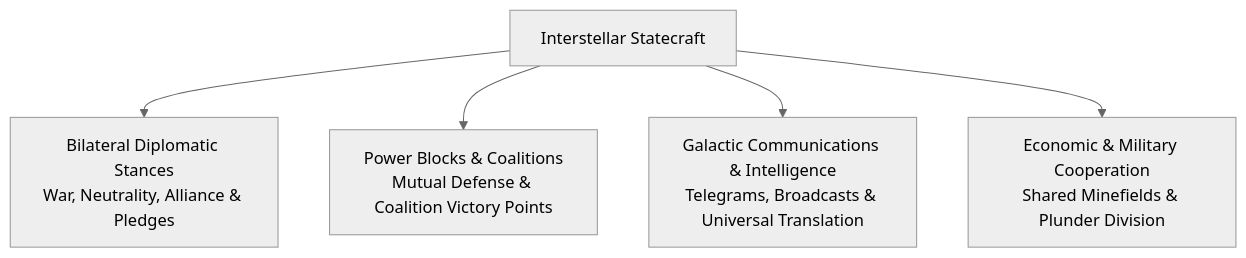
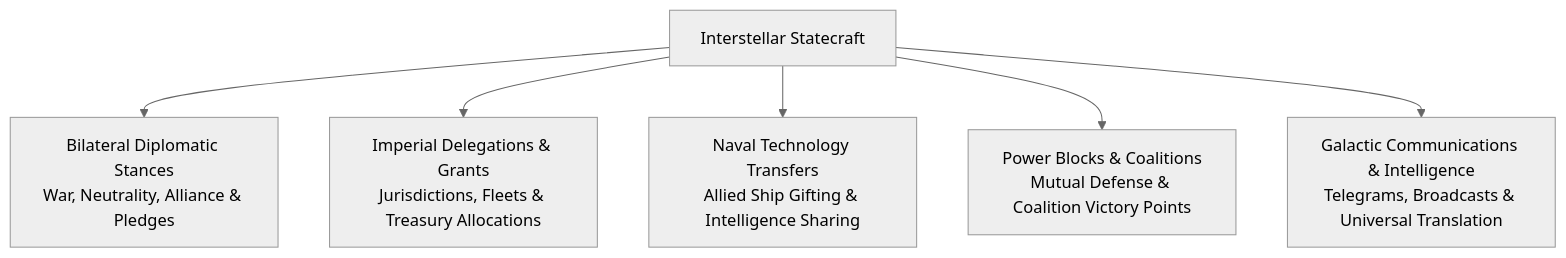
One commit to kaladron/galactic-bloodshed changed the first of 6 diagrams in docs/diplomacy.md. Above: the diagram before and after it, drawn with Mermaid (neutral theme). The commit also changed other lines of this file and 6 other files, not shown here.

````diff
--- a/docs/diplomacy.md
+++ b/docs/diplomacy.md
@@ -7,7 +7,8 @@
 ```mermaid
 flowchart TD
     Statecraft["Interstellar Statecraft"] --> Stances["Bilateral Diplomatic Stances\nWar, Neutrality, Alliance & Pledges"]
+    Statecraft --> Grants["Imperial Delegations & Grants\nJurisdictions, Fleets & Treasury Allocations"]
+    Statecraft --> Gifts["Naval Technology Transfers\nAllied Ship Gifting & Intelligence Sharing"]
     Statecraft --> Blocs["Power Blocks & Coalitions\nMutual Defense & Coalition Victory Points"]
     Statecraft --> Comms["Galactic Communications & Intelligence\nTelegrams, Broadcasts & Universal Translation"]
-    Statecraft --> Trade["Economic & Military Cooperation\nShared Minefields & Plunder Division"]
 ```
````
